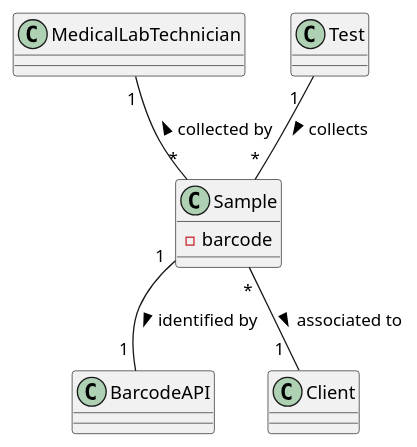
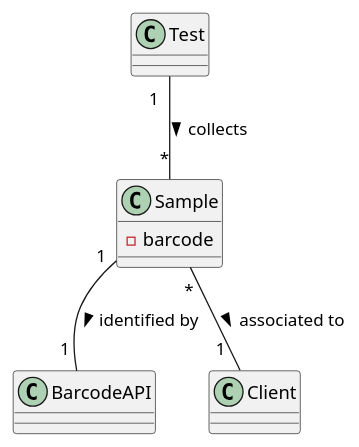
One commit to MadDinosaur/ISEP-LAPR2 changed the diagram in docs/SprintC/US5/US5_DM.puml. Above: the diagram before and after it, drawn with PlantUML. The commit also changed 5 other files, not shown here.

```diff
--- a/docs/SprintC/US5/US5_DM.puml
+++ b/docs/SprintC/US5/US5_DM.puml
@@ -1,16 +1,14 @@
 @startuml
 
-class MedicalLabTechnician
 class Sample {
 -barcode
 }
 class BarcodeAPI
 class Client
 class Test
 
 Sample "1"--"1 " BarcodeAPI : identified by >
-MedicalLabTechnician "1"--"*" Sample : collected by <
 Sample "*"--"1  " Client : associated to >
 Test "1  "--"*" Sample : collects >
 
 @enduml
```
